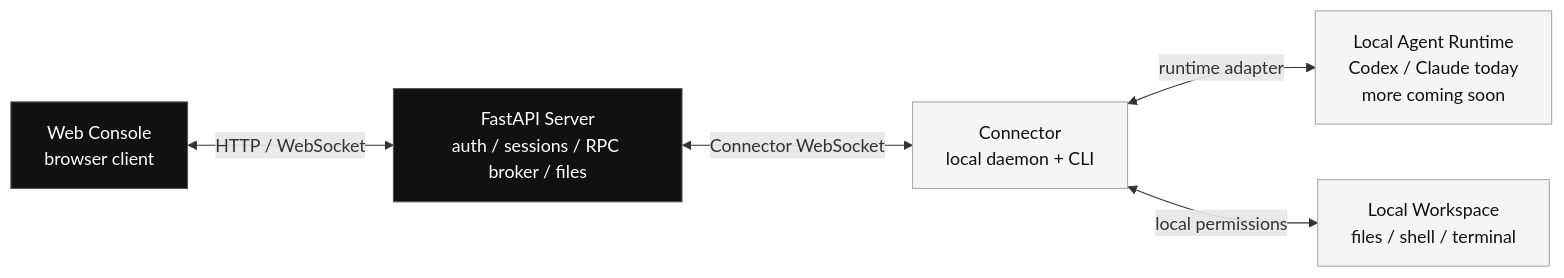
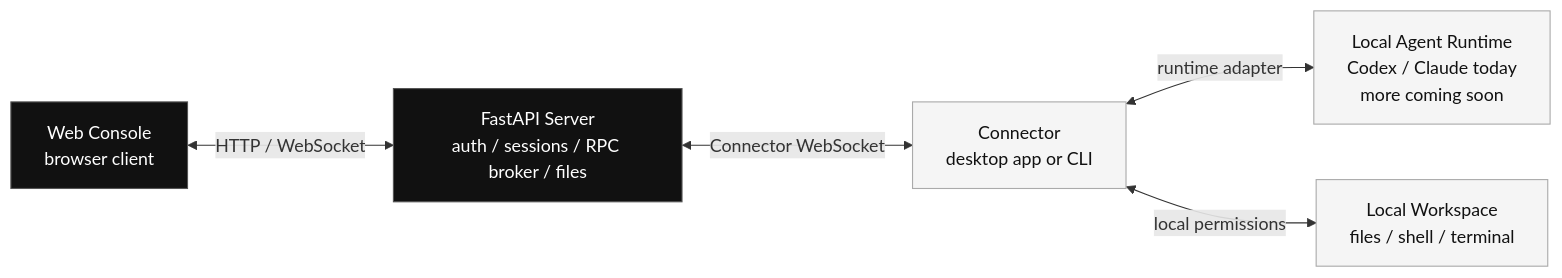
The diagram in README.md (anywhere-labs/Agents-Anywhere), drawn with Mermaid before and after one commit. The commit also changed other lines of this file and 4 other files, not shown here.

````diff
--- a/README.md
+++ b/README.md
@@ -151,18 +153,18 @@
 ```mermaid
 flowchart LR
     Web["Web Console<br/>browser client"]
     Server["FastAPI Server<br/>auth / sessions / RPC broker / files"]
-    Connector["Connector<br/>local daemon + CLI"]
+    Connector["Connector<br/>desktop app or CLI"]
     Runtime["Local Agent Runtime<br/>Codex / Claude today<br/>more coming soon"]
     Workspace["Local Workspace<br/>files / shell / terminal"]
 
     Web <-->|HTTP / WebSocket| Server
     Server <-->|Connector WebSocket| Connector
     Connector <-->|runtime adapter| Runtime
     Connector <-->|local permissions| Workspace
 
     classDef primary fill:#111,stroke:#555,color:#fff;
     classDef local fill:#f5f5f5,stroke:#aaa,color:#111;
     class Web,Server primary;
     class Connector,Runtime,Workspace local;
 ```
````
